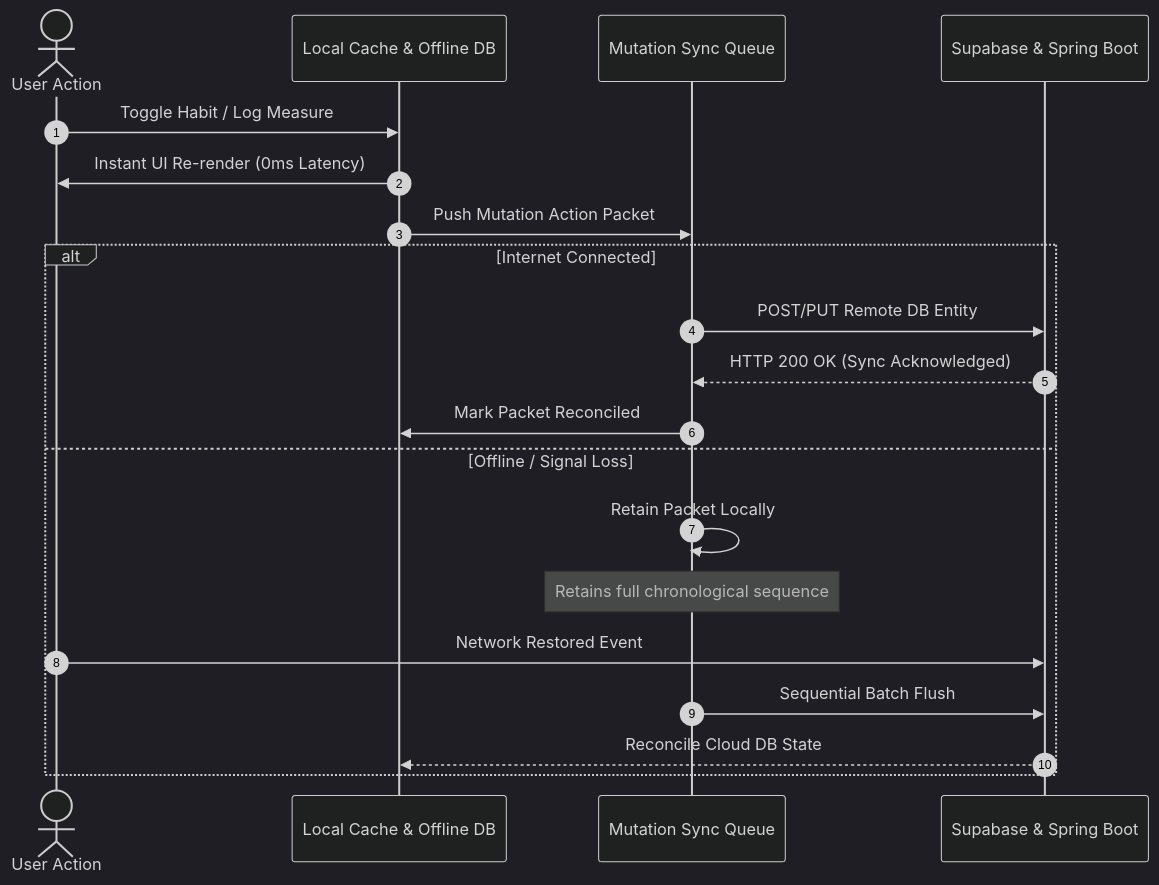
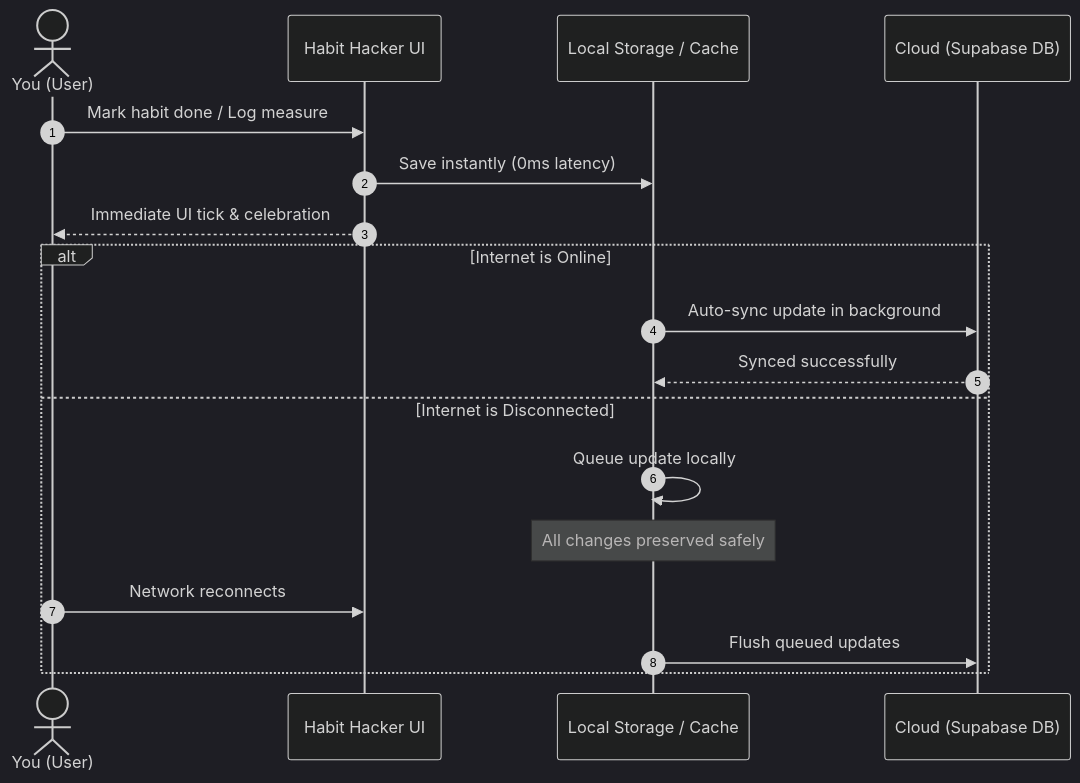
Before and after one commit to premnarayn13/Habit_Hacker: the first of 3 diagrams in README.md, drawn with Mermaid (dark theme). The commit also changed other lines of this file, not shown here.

````diff
--- a/README.md
+++ b/README.md
@@ -140,23 +108,21 @@
 ```mermaid
 sequenceDiagram
     autonumber
-    actor User as User Action
-    participant Local as Local Cache & Offline DB
-    participant Queue as Mutation Sync Queue
-    participant Cloud as Supabase & Spring Boot
+    actor User as You (User)
+    participant App as Habit Hacker UI
+    participant Cache as Local Storage / Cache
+    participant Cloud as Cloud (Supabase DB)
 
-    User->>Local: Toggle Habit / Log Measure
-    Local->>User: Instant UI Re-render (0ms Latency)
-    Local->>Queue: Push Mutation Action Packet
-    alt Internet Connected
-        Queue->>Cloud: POST/PUT Remote DB Entity
-        Cloud-->>Queue: HTTP 200 OK (Sync Acknowledged)
-        Queue->>Local: Mark Packet Reconciled
-    else Offline / Signal Loss
-        Queue->>Queue: Retain Packet Locally
-        Note over Queue: Retains full chronological sequence
-        User->>Cloud: Network Restored Event
-        Queue->>Cloud: Sequential Batch Flush
-        Cloud-->>Local: Reconcile Cloud DB State
+    User->>App: Mark habit done / Log measure
+    App->>Cache: Save instantly (0ms latency)
+    App-->>User: Immediate UI tick & celebration
+    alt Internet is Online
+        Cache->>Cloud: Auto-sync update in background
+        Cloud-->>Cache: Synced successfully
+    else Internet is Disconnected
+        Cache->>Cache: Queue update locally
+        Note over Cache: All changes preserved safely
+        User->>App: Network reconnects
+        Cache->>Cloud: Flush queued updates
     end
 ```
````
